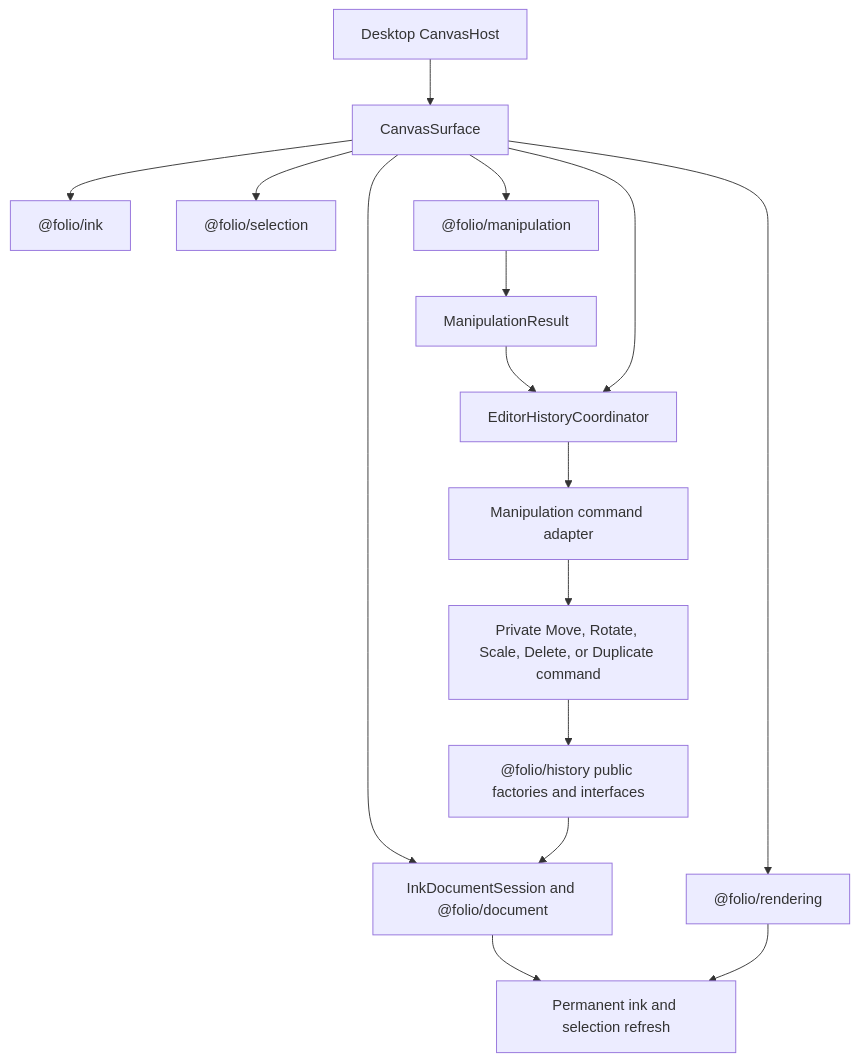
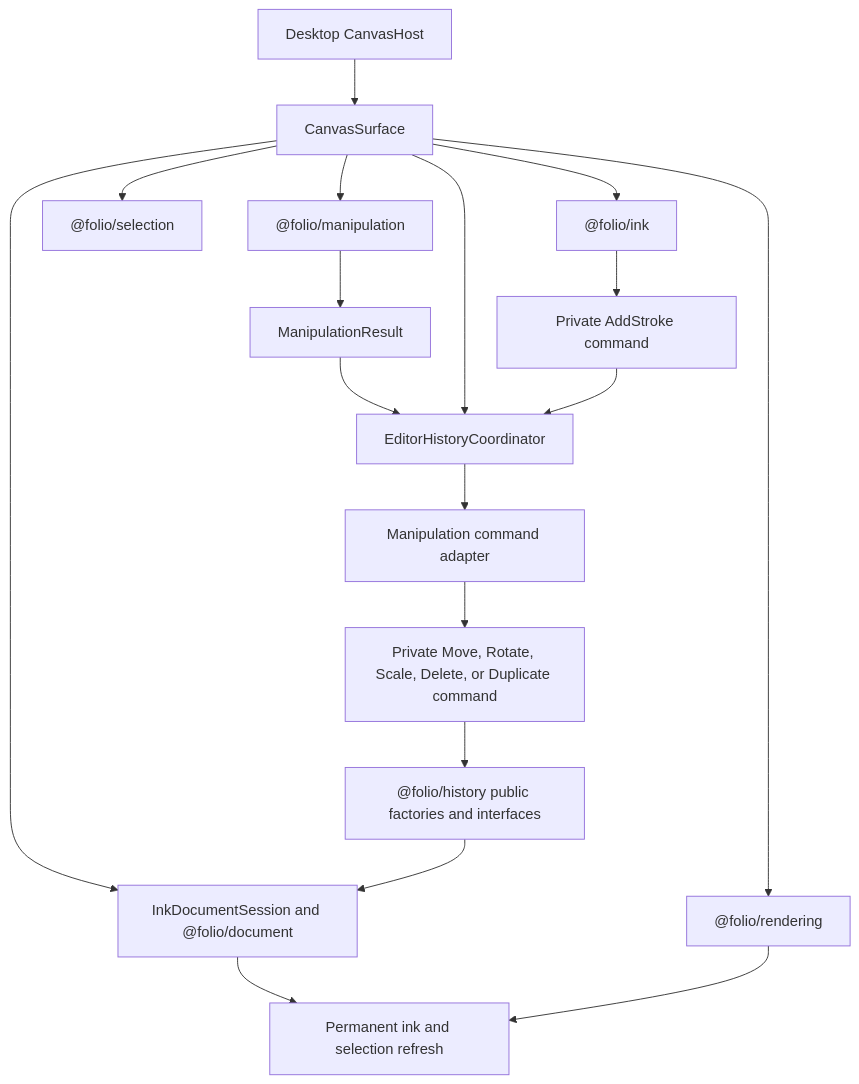
The first of 2 diagrams in packages/editor/README.md (ritikpandey1981/digital-notes), drawn with Mermaid before and after one commit. The commit also changed other lines of this file and 16 other files, not shown here.

````diff
--- a/packages/editor/README.md
+++ b/packages/editor/README.md
@@ -23,18 +23,20 @@
 ```mermaid
 flowchart TD
     Host["Desktop CanvasHost"] --> Surface["CanvasSurface"]
     Surface --> Rendering["@folio/rendering"]
     Surface --> Ink["@folio/ink"]
     Surface --> Document["InkDocumentSession and @folio/document"]
     Surface --> Selection["@folio/selection"]
     Surface --> Manipulation["@folio/manipulation"]
     Manipulation --> Result["ManipulationResult"]
     Result --> Coordinator["EditorHistoryCoordinator"]
     Surface --> Coordinator
+    Ink --> StrokeCommand["Private AddStroke command"]
+    StrokeCommand --> Coordinator
     Coordinator --> Adapter["Manipulation command adapter"]
     Adapter --> Commands["Private Move, Rotate, Scale, Delete, or Duplicate command"]
     Commands --> History["@folio/history public factories and interfaces"]
     History --> Document
     Document --> Refresh["Permanent ink and selection refresh"]
     Rendering --> Refresh
 ```
````
